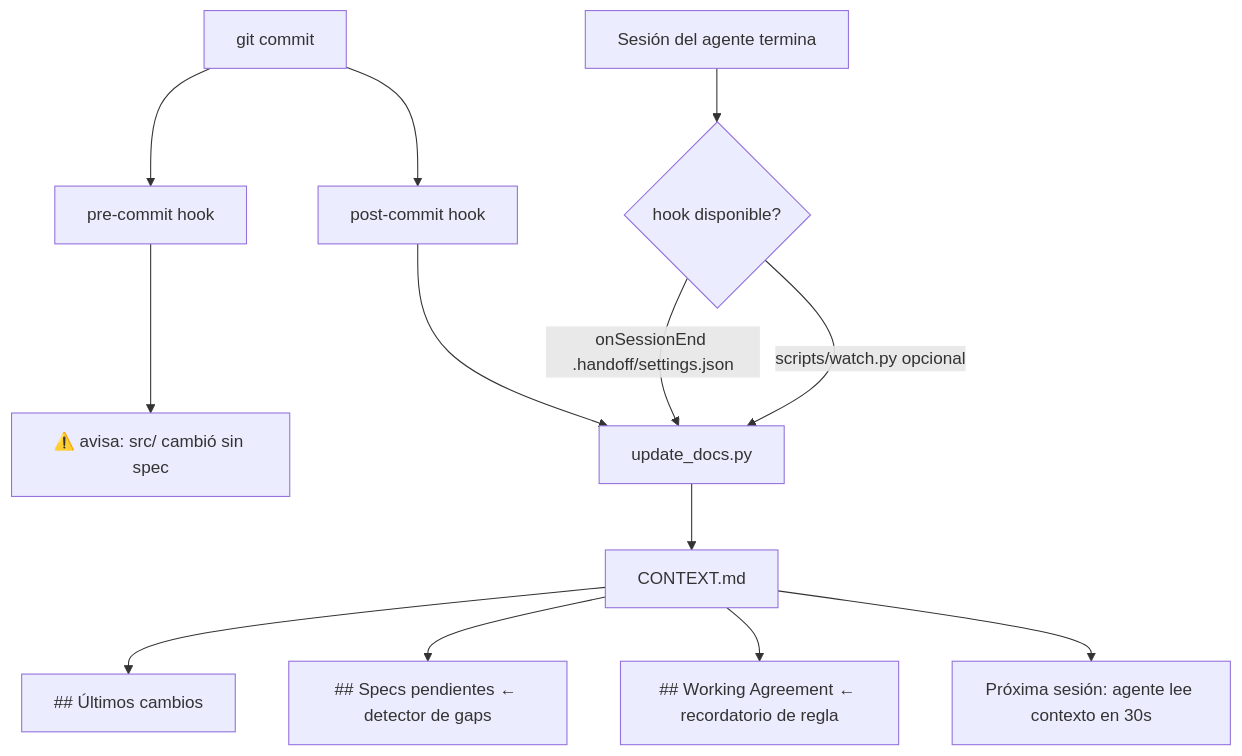
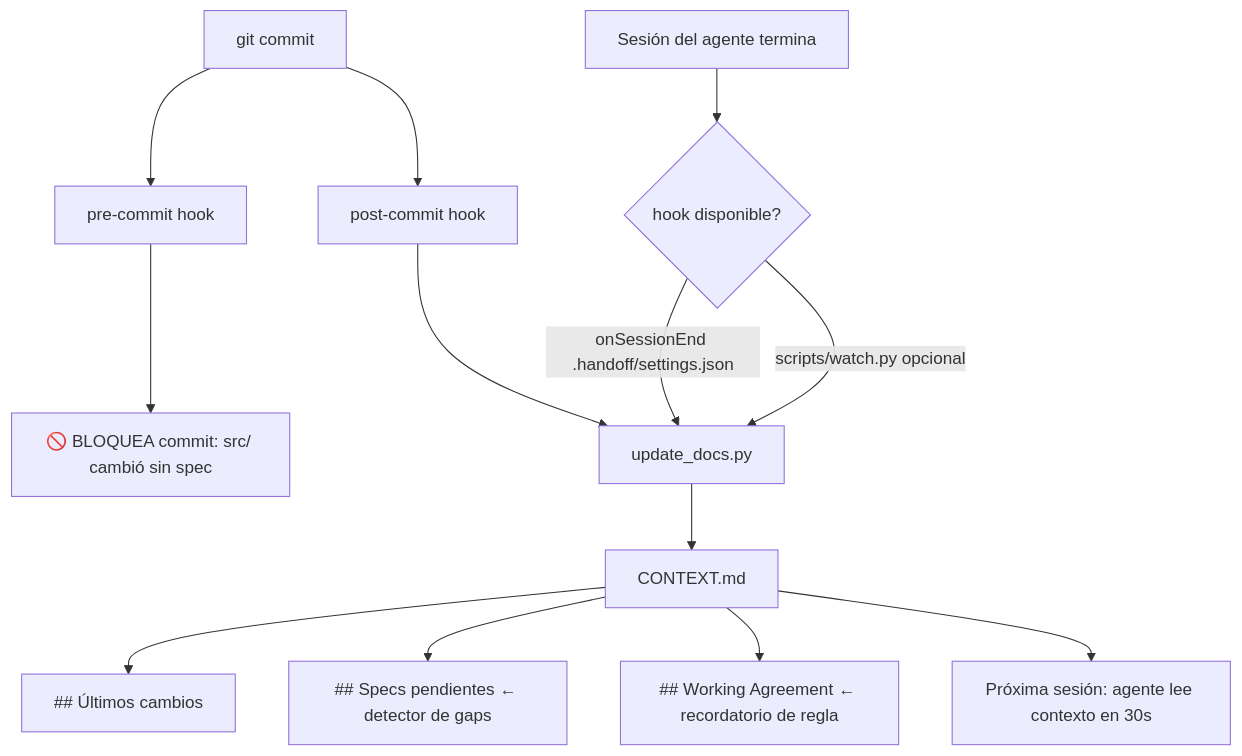
One commit to handoffcl/handoff-blueprint changed the first of 2 diagrams in README.md. Above: the diagram before and after it, drawn with Mermaid. The commit also changed other lines of this file, not shown here.

Commit message:
docs: documentar pre-commit bloqueante, warning contexto total y tabla WORKING-AGREEMENT en README

````diff
--- a/README.md
+++ b/README.md
@@ -132,15 +132,15 @@
 ```mermaid
 flowchart TD
     A[git commit] --> B[pre-commit hook]
     A --> C[post-commit hook]
-    B --> B1["⚠️ avisa: src/ cambió sin spec"]
+    B --> B1["🚫 BLOQUEA commit: src/ cambió sin spec"]
     C --> D[update_docs.py]
     E[Sesión del agente termina] --> F{hook disponible?}
     F -->|onSessionEnd .handoff/settings.json| D
     F -->|scripts/watch.py opcional| D
     D --> G[CONTEXT.md]
     G --> G1["## Últimos cambios"]
     G --> G2["## Specs pendientes ← detector de gaps"]
     G --> G3["## Working Agreement ← recordatorio de regla"]
     G --> H[Próxima sesión: agente lee contexto en 30s]
 ```
````
